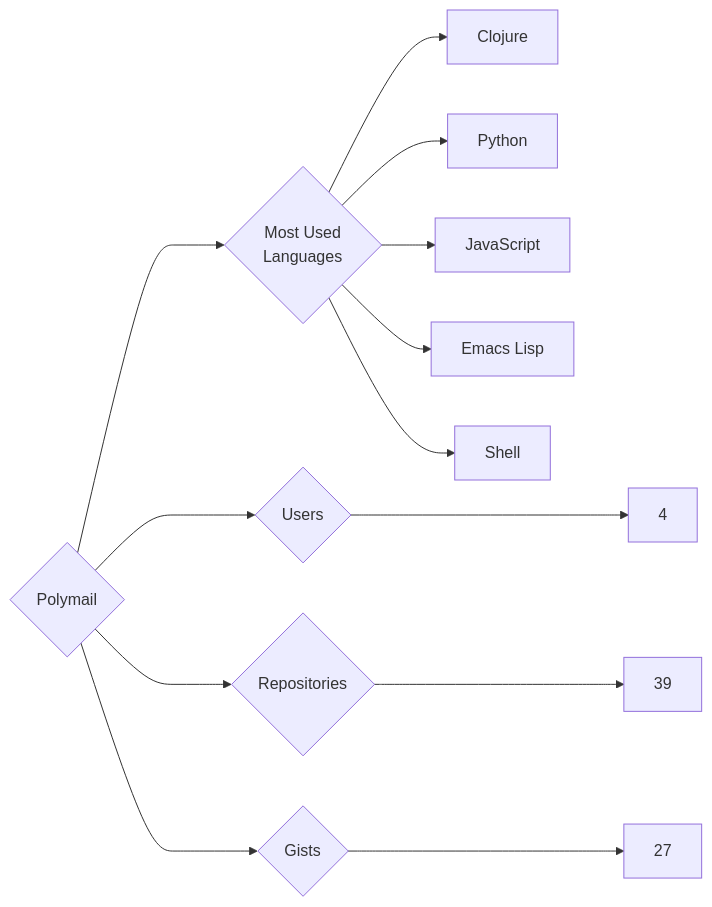
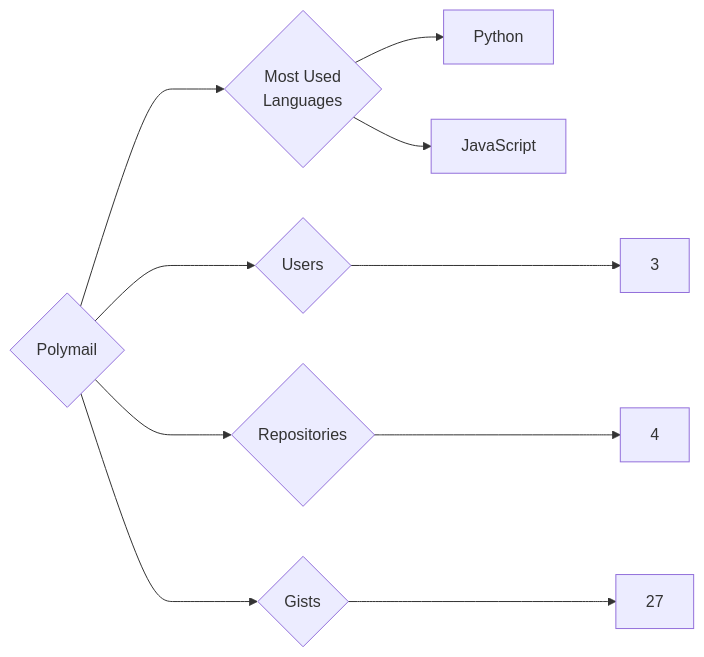
One commit to trickest/insiders changed the diagram in targets/Polymail/README.md. Above: the diagram before and after it, drawn with Mermaid. The commit also changed 1248 other files, not shown here.

````diff
--- a/targets/Polymail/README.md
+++ b/targets/Polymail/README.md
@@ -3,13 +3,10 @@
 ```mermaid
 graph LR
 COMPANY_NAME{Polymail}
-COMPANY_NAME ---> U{Users} ---> UN[4]
-COMPANY_NAME ---> R{Repositories} ---> RN[39]
+COMPANY_NAME ---> U{Users} ---> UN[3]
+COMPANY_NAME ---> R{Repositories} ---> RN[4]
 COMPANY_NAME ---> G{Gists} ---> GN[27]
 COMPANY_NAME ---> ML{Most Used<br>Languages}
-ML --> Clojure[Clojure]
 ML --> Python[Python]
 ML --> JavaScript[JavaScript]
-ML --> Emacs_Lisp[Emacs Lisp]
-ML --> Shell[Shell]
 ```
````
